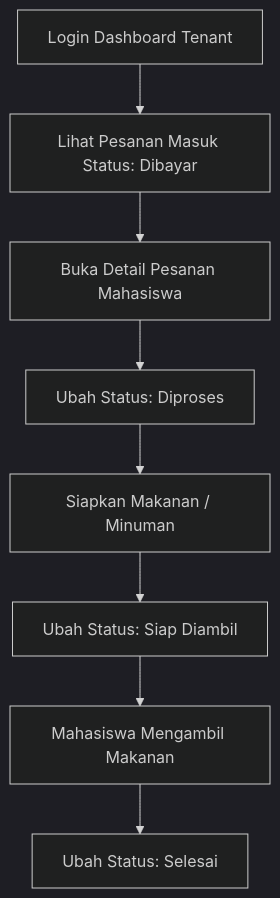
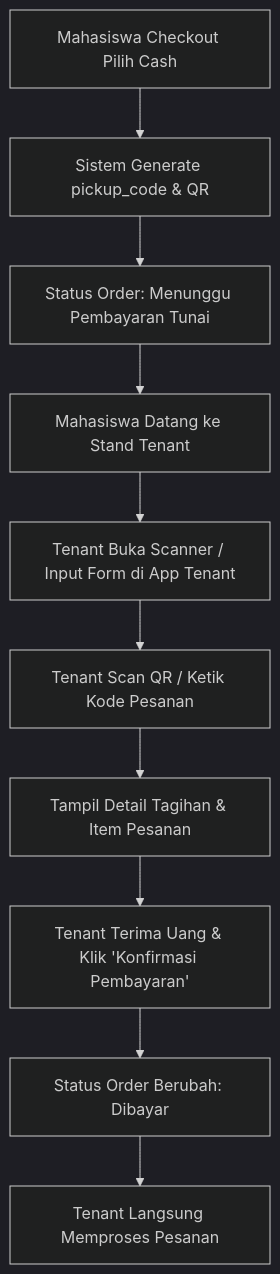
The second of 2 diagrams in docs/03-user-flow.md (Hnzsama/smart_canteen), drawn with Mermaid (dark theme) before and after one commit. The commit also changed other lines of this file and 190 other files, not shown here.

Commit message:
feat: complete project architecture, dual payment engine (cashless & cash QR scan), soft deletes, and full laravel codebase

````diff
--- a/docs/03-user-flow.md
+++ b/docs/03-user-flow.md
@@ -62,10 +45,12 @@
 ```mermaid
 flowchart TD
-    A[Login Dashboard Tenant] --> B[Lihat Pesanan Masuk Status: Dibayar]
-    B --> C[Buka Detail Pesanan Mahasiswa]
-    C --> D[Ubah Status: Diproses]
-    D --> E[Siapkan Makanan / Minuman]
-    E --> F[Ubah Status: Siap Diambil]
-    F --> G[Mahasiswa Mengambil Makanan]
-    G --> H[Ubah Status: Selesai]
+    A[Mahasiswa Checkout Pilih Cash] --> B[Sistem Generate pickup_code & QR]
+    B --> C[Status Order: Menunggu Pembayaran Tunai]
+    C --> D[Mahasiswa Datang ke Stand Tenant]
+    D --> E[Tenant Buka Scanner / Input Form di App Tenant]
+    E --> F[Tenant Scan QR / Ketik Kode Pesanan]
+    F --> G[Tampil Detail Tagihan & Item Pesanan]
+    G --> H[Tenant Terima Uang & Klik 'Konfirmasi Pembayaran']
+    H --> I[Status Order Berubah: Dibayar]
+    I --> J[Tenant Langsung Memproses Pesanan]
 ```
````
